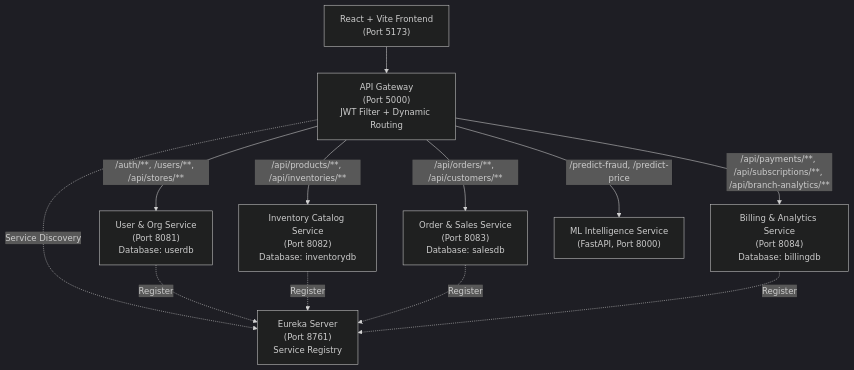
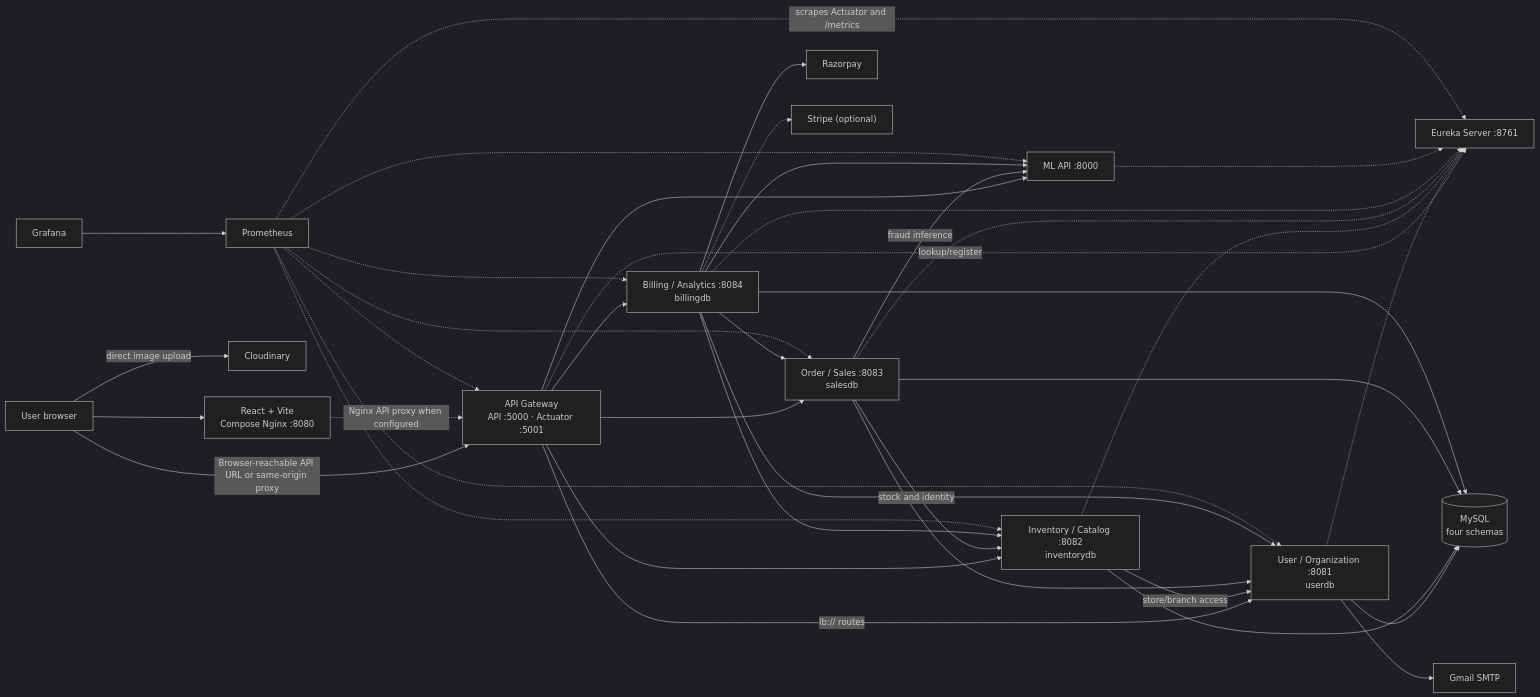
The first of 3 diagrams in README.md (Kiran-Shetty-afk/Inventa-POS), drawn with Mermaid (dark theme) before and after one commit. The commit also changed other lines of this file, not shown here.

Commit message:
docs: expand project setup and architecture guide

````diff
--- a/README.md
+++ b/README.md
@@ -45,26 +117,58 @@
-```mermaid
-flowchart TD
-    Client["React + Vite Frontend<br/>(Port 5173)"]
-    Gateway["API Gateway<br/>(Port 5000)<br/>JWT Filter + Dynamic Routing"]
-    Eureka["Eureka Server<br/>(Port 8761)<br/>Service Registry"]
-    
-    UserOrg["User & Org Service<br/>(Port 8081)<br/>Database: userdb"]
-    Inventory["Inventory Catalog Service<br/>(Port 8082)<br/>Database: inventorydb"]
-    OrderSales["Order & Sales Service<br/>(Port 8083)<br/>Database: salesdb"]
-    BillingAnalytics["Billing & Analytics Service<br/>(Port 8084)<br/>Database: billingdb"]
-    MLService["ML Intelligence Service<br/>(FastAPI, Port 8000)"]
+~~~mermaid
+flowchart LR
+    Browser["User browser"]
+    Frontend["React + Vite<br/>Compose Nginx :8080"]
+    Gateway["API Gateway<br/>API :5000 · Actuator :5001"]
+    Eureka["Eureka Server :8761"]
+    UserOrg["User / Organization :8081<br/>userdb"]
+    Inventory["Inventory / Catalog :8082<br/>inventorydb"]
+    Orders["Order / Sales :8083<br/>salesdb"]
+    Billing["Billing / Analytics :8084<br/>billingdb"]
+    ML["ML API :8000"]
+    DB[("MySQL<br/>four schemas")]
+    Cloudinary["Cloudinary"]
+    Razorpay["Razorpay"]
+    Stripe["Stripe (optional)"]
+    Gmail["Gmail SMTP"]
+    Prom["Prometheus"]
+    Grafana["Grafana"]
 
-    Client --> Gateway
-    Gateway -. Service Discovery .-> Eureka
-    
-    Gateway -->|/auth/**, /users/**, /api/stores/**| UserOrg
-    Gateway -->|/api/products/**, /api/inventories/**| Inventory
-    Gateway -->|/api/orders/**, /api/customers/**| OrderSales
-    Gateway -->|/api/payments/**, /api/subscriptions/**, /api/branch-analytics/**| BillingAnalytics
-    Gateway -->|/predict-fraud, /predict-price| MLService
-    
-    UserOrg -. Register .-> Eureka
-    Inventory -. Register .-> Eureka
-    OrderSales -. Register .-> Eureka
-    BillingAnalytics -. Register .-> Eureka
-```
+    Browser --> Frontend
+    Browser -->|"Browser-reachable API URL or same-origin proxy"| Gateway
+    Frontend -.->|"Nginx API proxy when configured"| Gateway
+    Gateway -->|"lb:// routes"| UserOrg
+    Gateway --> Inventory
+    Gateway --> Orders
+    Gateway --> Billing
+    Gateway --> ML
+    Gateway -.->|"lookup/register"| Eureka
+    UserOrg -.-> Eureka
+    Inventory -.-> Eureka
+    Orders -.-> Eureka
+    Billing -.-> Eureka
+    ML -.-> Eureka
+    UserOrg --> DB
+    Inventory --> DB
+    Orders --> DB
+    Billing --> DB
+    Inventory -->|"store/branch access"| UserOrg
+    Orders -->|"stock and identity"| Inventory
+    Orders --> UserOrg
+    Orders -->|"fraud inference"| ML
+    Billing --> Orders
+    Billing --> Inventory
+    Billing --> UserOrg
+    Billing --> ML
+    Browser -->|"direct image upload"| Cloudinary
+    Billing --> Razorpay
+    Billing -.-> Stripe
+    UserOrg --> Gmail
+    Prom -.->|"scrapes Actuator and /metrics"| Eureka
+    Prom -.-> Gateway
+    Prom -.-> UserOrg
+    Prom -.-> Inventory
+    Prom -.-> Orders
+    Prom -.-> Billing
+    Prom -.-> ML
+    Grafana --> Prom
+~~~
````
